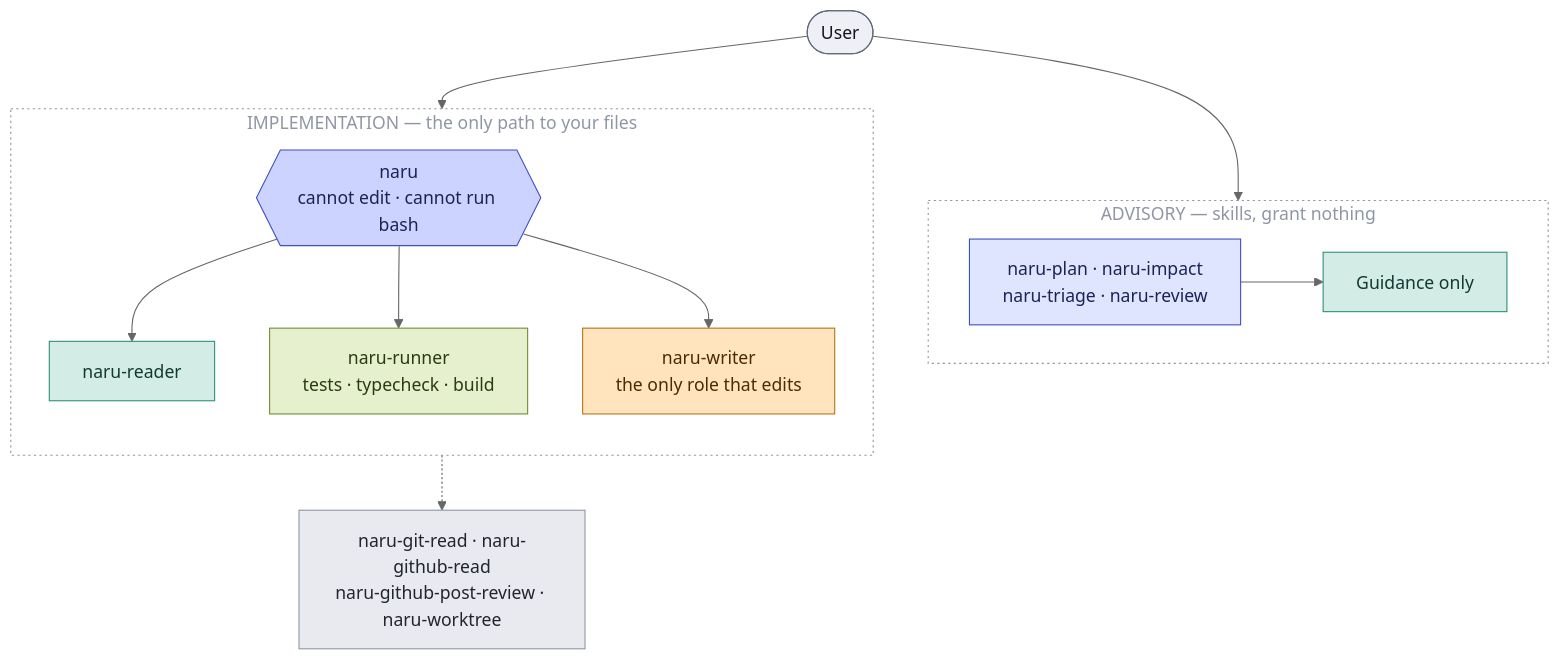
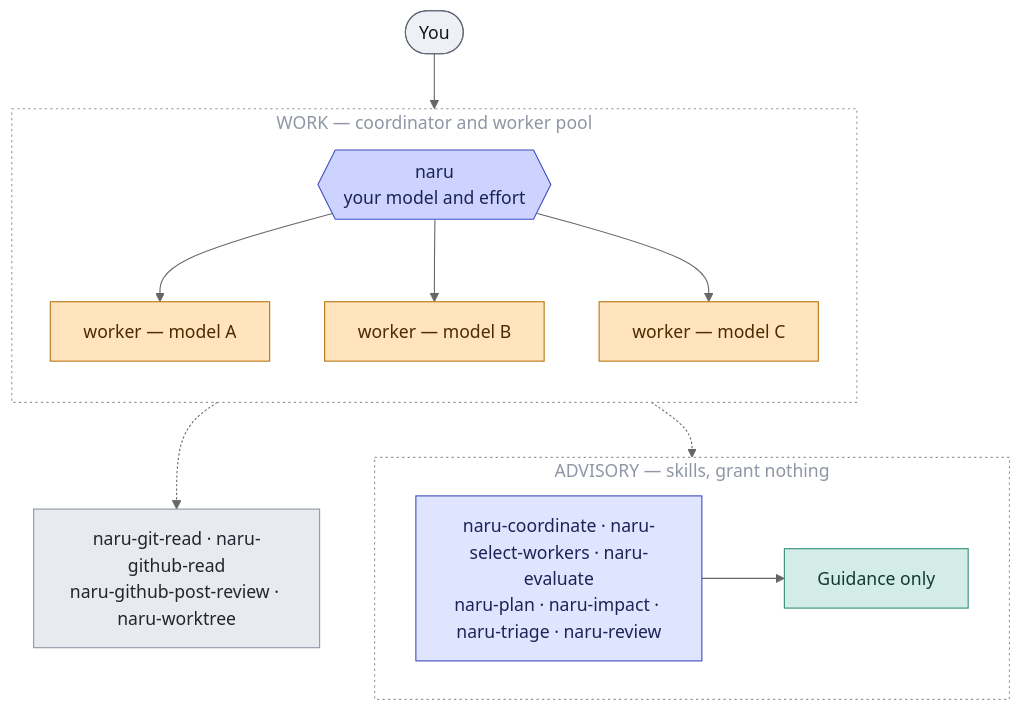
The diagram in docs/src/content/docs/index.mdx (sean35mm/naru-opencode), drawn with Mermaid (neutral theme) before and after one commit. The commit also changed other lines of this file and 20 other files, not shown here.

````diff
--- a/docs/src/content/docs/index.mdx
+++ b/docs/src/content/docs/index.mdx
@@ -20,34 +20,33 @@
 ```mermaid
 flowchart TB
-  U(["User"]):::actor
+  U(["You"]):::actor
 
   subgraph advisory["ADVISORY — skills, grant nothing"]
     direction LR
-    SK["naru-plan · naru-impact<br/>naru-triage · naru-review"]:::entry --> AG["Guidance only"]:::read
+    SK["naru-coordinate · naru-select-workers · naru-evaluate<br/>naru-plan · naru-impact · naru-triage · naru-review"]:::entry --> AG["Guidance only"]:::read
   end
 
-  subgraph impl["IMPLEMENTATION — the only path to your files"]
+  subgraph impl["WORK — coordinator and worker pool"]
     direction TB
-    ORC{{"naru<br/>cannot edit · cannot run bash"}}:::coord
-    ORC --> RD["naru-reader"]:::read
-    ORC --> RUN["naru-runner<br/>tests · typecheck · build"]:::shell
-    ORC --> WR["naru-writer<br/>the only role that edits"]:::write
+    ORC{{"naru<br/>your model and effort"}}:::coord
+    ORC --> W1["worker — model A"]:::write
+    ORC --> W2["worker — model B"]:::write
+    ORC --> W3["worker — model C"]:::write
   end
 
   TL["naru-git-read · naru-github-read<br/>naru-github-post-review · naru-worktree"]:::gate
 
-  U --> SK
   U --> ORC
+  ORC -.-> SK
   ORC -.-> TL
 
   style advisory fill:none,stroke:#8f96a5,stroke-dasharray:2 3,color:#8f96a5
   style impl fill:none,stroke:#8f96a5,stroke-dasharray:2 3,color:#8f96a5
 
   classDef actor fill:#eef0f6,stroke:#5f6675,color:#14161d
   classDef entry fill:#dfe4ff,stroke:#3f4fbe,color:#1b2456
   classDef coord fill:#ccd3ff,stroke:#3f4fbe,color:#1b2456
   classDef read fill:#d3ece5,stroke:#2f8f78,color:#123a31
-  classDef shell fill:#e6f0cf,stroke:#6f8f2f,color:#2c3a10
   classDef write fill:#ffe4bd,stroke:#b8760f,color:#4a2c00
   classDef gate fill:#e8eaf0,stroke:#8f96a5,color:#22252e
 ```
````
